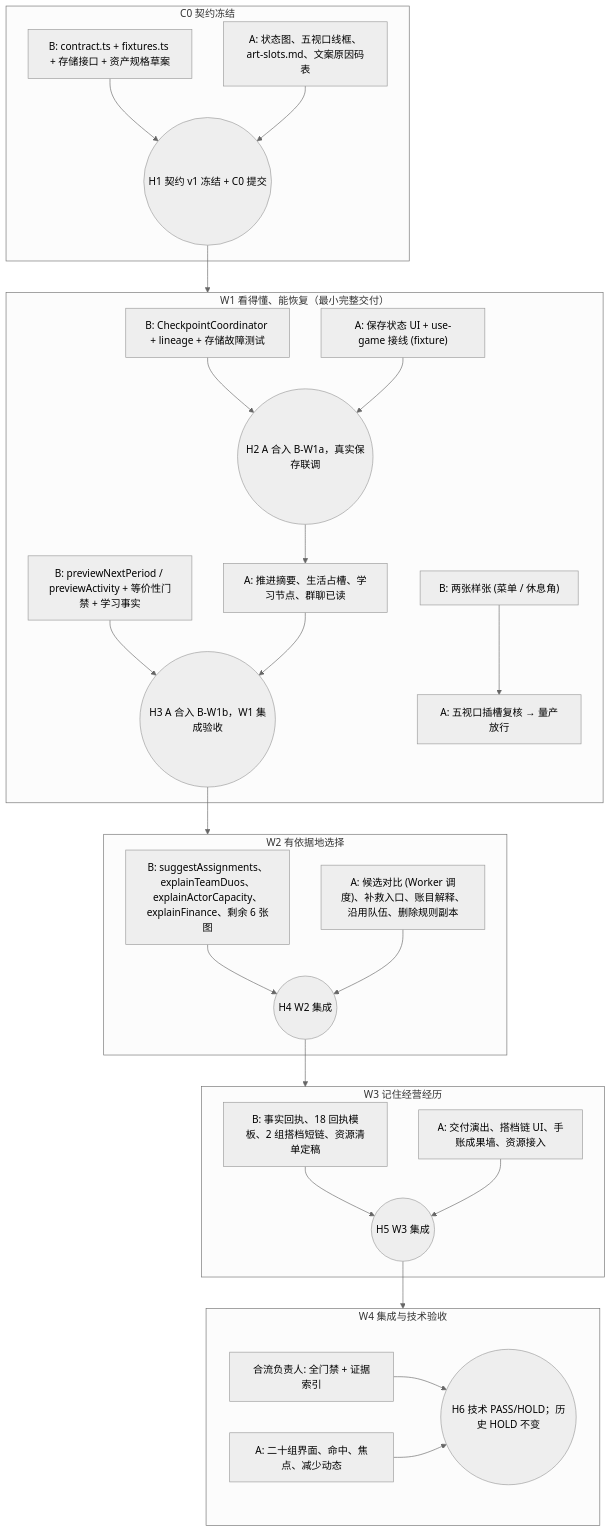
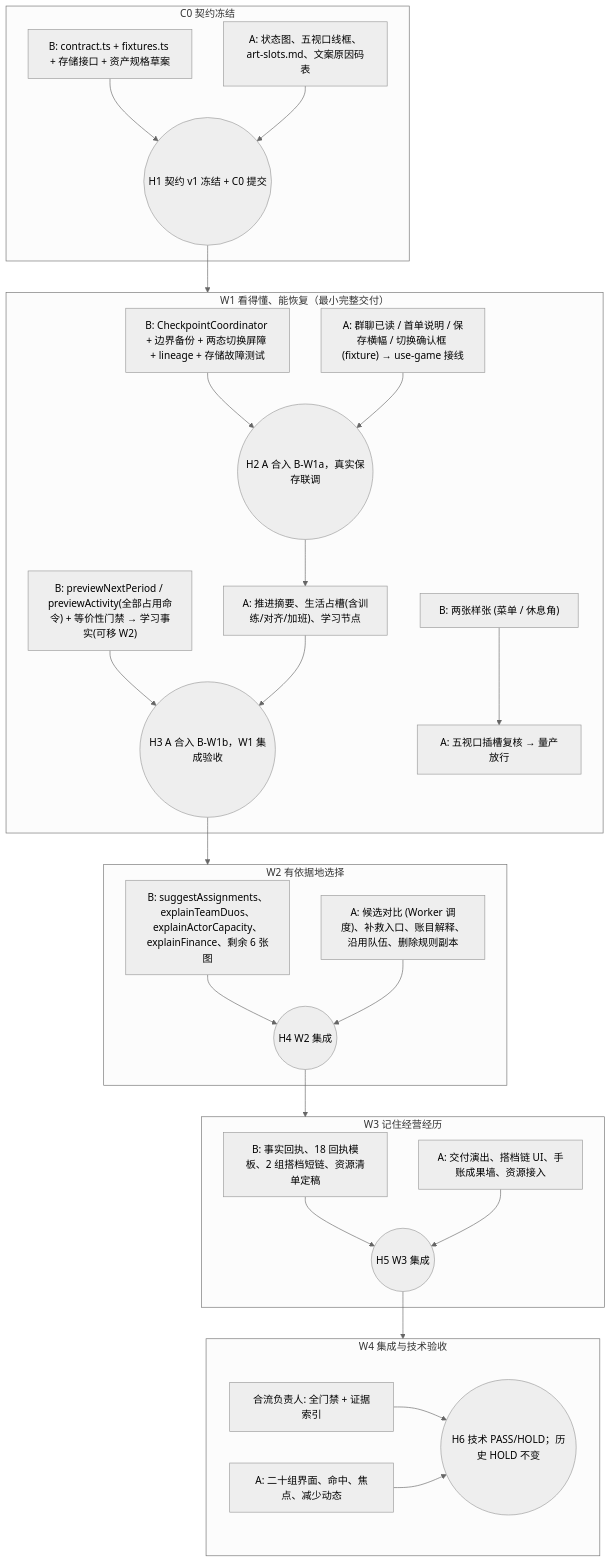
Before and after one commit to Nidofy/out-of-tokens: the third of 3 diagrams in docs/LIVING_STUDIO_3_1_PARALLEL_PLAN_REVIEW_20261117.md, drawn with Mermaid (neutral theme). The commit also changed other lines of this file and 2 other files, not shown here.

````diff
--- a/docs/LIVING_STUDIO_3_1_PARALLEL_PLAN_REVIEW_20261117.md
+++ b/docs/LIVING_STUDIO_3_1_PARALLEL_PLAN_REVIEW_20261117.md
@@ -221,50 +253,50 @@
 ```mermaid
 flowchart TD
     subgraph C0["C0 契约冻结"]
       B0["B: contract.ts + fixtures.ts + 存储接口 + 资产规格草案"]
       A0["A: 状态图、五视口线框、art-slots.md、文案原因码表"]
       H1(("H1 契约 v1 冻结 + C0 提交"))
       B0 --> H1
       A0 --> H1
     end
     subgraph W1["W1 看得懂、能恢复（最小完整交付）"]
-      BW1a["B: CheckpointCoordinator + lineage + 存储故障测试"]
-      BW1b["B: previewNextPeriod / previewActivity + 等价性门禁 + 学习事实"]
-      AW1a["A: 保存状态 UI + use-game 接线 (fixture)"]
-      AW1b["A: 推进摘要、生活占槽、学习节点、群聊已读"]
+      BW1a["B: CheckpointCoordinator + 边界备份 + 两态切换屏障 + lineage + 存储故障测试"]
+      BW1b["B: previewNextPeriod / previewActivity(全部占用命令) + 等价性门禁 → 学习事实(可移 W2)"]
+      AW1a["A: 群聊已读 / 首单说明 / 保存横幅 / 切换确认框 (fixture) → use-game 接线"]
+      AW1b["A: 推进摘要、生活占槽(含训练/对齐/加班)、学习节点"]
       ART1["B: 两张样张 (菜单 / 休息角)"]
       H2(("H2 A 合入 B-W1a，真实保存联调"))
       H3(("H3 A 合入 B-W1b，W1 集成验收"))
       BW1a --> H2
       AW1a --> H2
       H2 --> AW1b
       BW1b --> H3
       AW1b --> H3
       ART1 --> SLOT["A: 五视口插槽复核 → 量产放行"]
     end
     subgraph W2["W2 有依据地选择"]
       BW2["B: suggestAssignments、explainTeamDuos、explainActorCapacity、explainFinance、剩余 6 张图"]
       AW2["A: 候选对比 (Worker 调度)、补救入口、账目解释、沿用队伍、删除规则副本"]
       H4(("H4 W2 集成"))
       BW2 --> H4
       AW2 --> H4
     end
     subgraph W3["W3 记住经营经历"]
       BW3["B: 事实回执、18 回执模板、2 组搭档短链、资源清单定稿"]
       AW3["A: 交付演出、搭档链 UI、手账成果墙、资源接入"]
       H5(("H5 W3 集成"))
       BW3 --> H5
       AW3 --> H5
     end
     subgraph W4["W4 集成与技术验收"]
       INT4["合流负责人: 全门禁 + 证据索引"]
       A4["A: 二十组界面、命中、焦点、减少动态"]
       H6(("H6 技术 PASS/HOLD；历史 HOLD 不变"))
       INT4 --> H6
       A4 --> H6
     end
     H1 --> W1
     H3 --> W2
     H4 --> W3
     H5 --> W4
 ```
````
